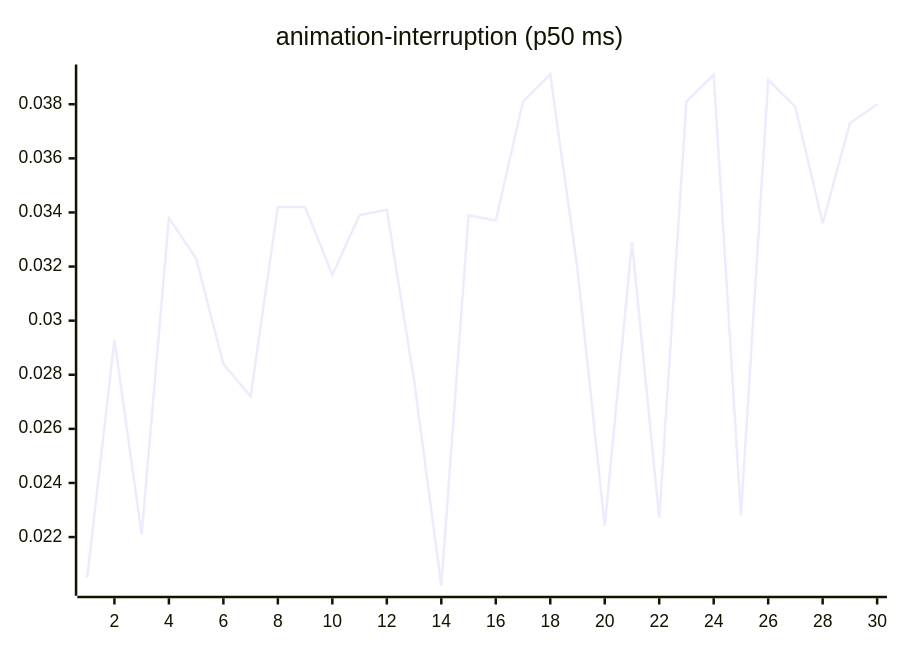
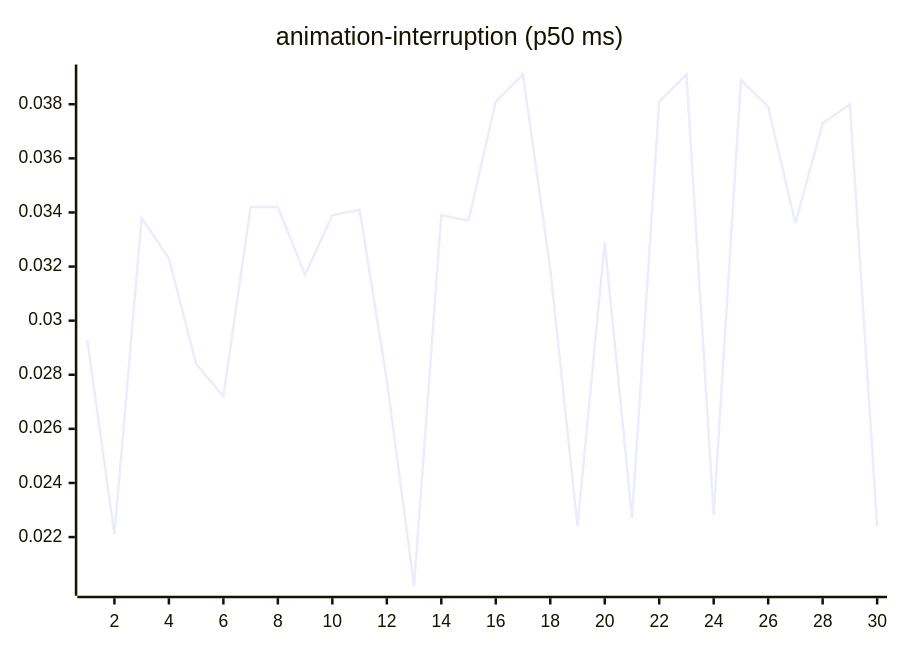
The third of 27 diagrams in README.md (josha/Facet), drawn with Mermaid before and after one commit. The commit also changed other lines of this file and 2 other files, not shown here.

````diff
--- a/README.md
+++ b/README.md
@@ -77,6 +77,6 @@
 ```mermaid
 xychart-beta
     title "animation-interruption (p50 ms)"
     x-axis 1 --> 30
-    line [0.0205, 0.0293, 0.0221, 0.0338, 0.0323, 0.0284, 0.0272, 0.0342, 0.0342, 0.0317, 0.0339, 0.0341, 0.0278, 0.0202, 0.0339, 0.0337, 0.0381, 0.0391, 0.0319, 0.0224, 0.0329, 0.0227, 0.0381, 0.0391, 0.0228, 0.0389, 0.0379, 0.0336, 0.0373, 0.0380]
+    line [0.0293, 0.0221, 0.0338, 0.0323, 0.0284, 0.0272, 0.0342, 0.0342, 0.0317, 0.0339, 0.0341, 0.0278, 0.0202, 0.0339, 0.0337, 0.0381, 0.0391, 0.0319, 0.0224, 0.0329, 0.0227, 0.0381, 0.0391, 0.0228, 0.0389, 0.0379, 0.0336, 0.0373, 0.0380, 0.0224]
 ```
````
